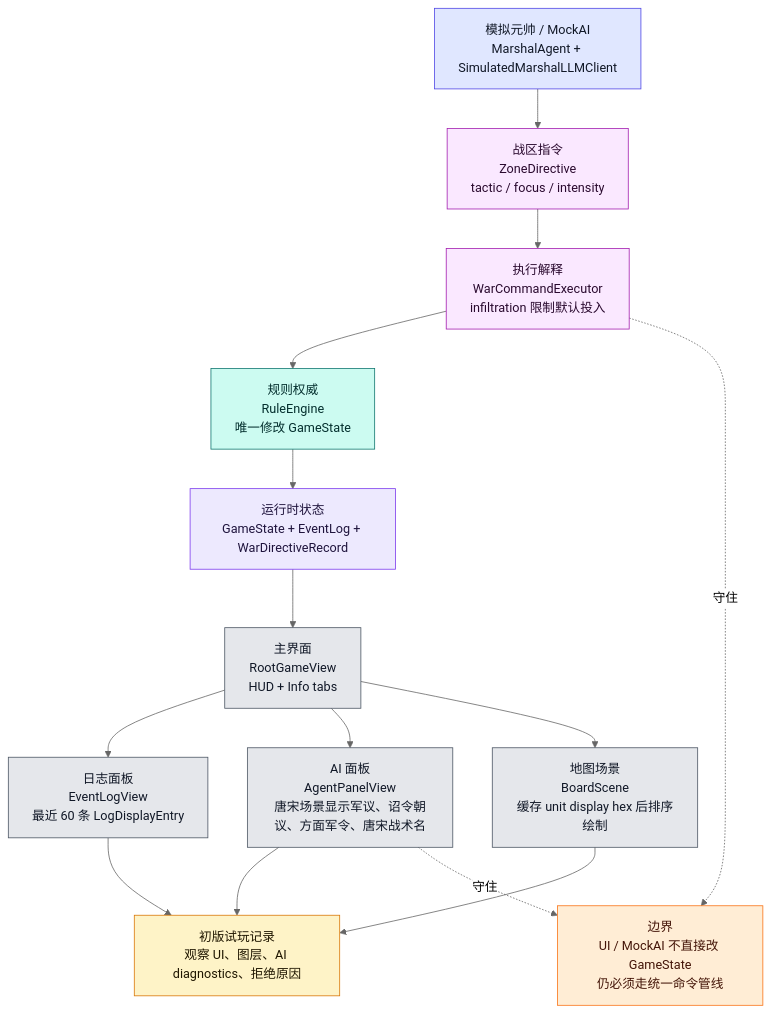
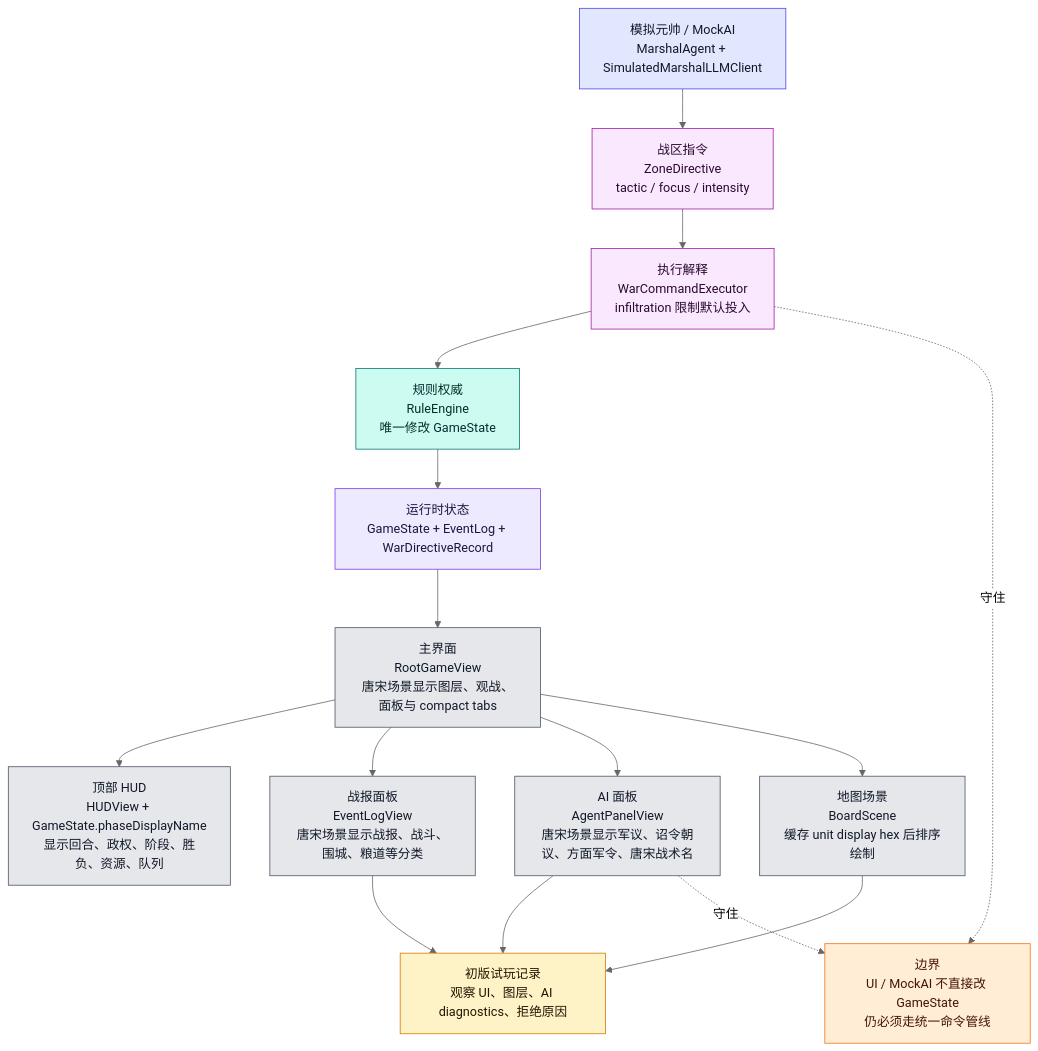
One commit to Altman-sam114/125 changed the tenth of 12 diagrams in md/flow/flowchart.md. Above: the diagram before and after it, drawn with Mermaid (neutral theme). The commit also changed 13 other files, not shown here.

````diff
--- a/md/flow/flowchart.md
+++ b/md/flow/flowchart.md
@@ -501,34 +501,36 @@
 ```mermaid
 flowchart TD
     STATE["运行时状态<br/>GameState + EventLog + WarDirectiveRecord"]:::state
-    ROOT["主界面<br/>RootGameView<br/>HUD + Info tabs"]:::ui
-    LOG["日志面板<br/>EventLogView<br/>最近 60 条 LogDisplayEntry"]:::ui
+    ROOT["主界面<br/>RootGameView<br/>唐宋场景显示图层、观战、面板与 compact tabs"]:::ui
+    HUD["顶部 HUD<br/>HUDView + GameState.phaseDisplayName<br/>显示回合、政权、阶段、胜负、资源、队列"]:::ui
+    LOG["战报面板<br/>EventLogView<br/>唐宋场景显示战报、战斗、围城、粮道等分类"]:::ui
     AIUI["AI 面板<br/>AgentPanelView<br/>唐宋场景显示军议、诏令朝议、方面军令、唐宋战术名"]:::ui
     BOARD["地图场景<br/>BoardScene<br/>缓存 unit display hex 后排序绘制"]:::ui
     MARSHAL["模拟元帅 / MockAI<br/>MarshalAgent + SimulatedMarshalLLMClient"]:::ai
     ZD["战区指令<br/>ZoneDirective<br/>tactic / focus / intensity"]:::command
     WCE["执行解释<br/>WarCommandExecutor<br/>infiltration 限制默认投入"]:::command
     RULE["规则权威<br/>RuleEngine<br/>唯一修改 GameState"]:::rules
     PLAYTEST["初版试玩记录<br/>观察 UI、图层、AI diagnostics、拒绝原因"]:::doc
 
     STATE --> ROOT
+    ROOT --> HUD
     ROOT --> LOG
     ROOT --> AIUI
     ROOT --> BOARD
     MARSHAL --> ZD --> WCE --> RULE --> STATE
     AIUI --> PLAYTEST
     LOG --> PLAYTEST
     BOARD --> PLAYTEST
 
     WARN["边界<br/>UI / MockAI 不直接改 GameState<br/>仍必须走统一命令管线"]:::warn
     AIUI -.守住.-> WARN
     WCE -.守住.-> WARN
 
     classDef state fill:#ede9fe,stroke:#7c3aed,color:#1f143d
     classDef ui fill:#e5e7eb,stroke:#4b5563,color:#111827
     classDef ai fill:#e0e7ff,stroke:#4f46e5,color:#111827
     classDef command fill:#fae8ff,stroke:#a21caf,color:#2a0a2f
     classDef rules fill:#ccfbf1,stroke:#0f766e,color:#042f2e
     classDef doc fill:#fef3c7,stroke:#d97706,color:#1f1600
     classDef warn fill:#ffedd5,stroke:#f97316,color:#431407
 ```
````
